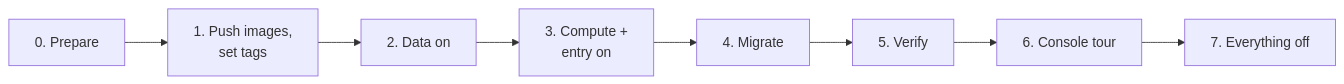
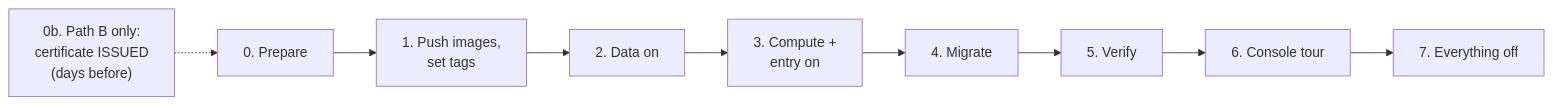
One commit to maheshnd/minitickets changed the first of 10 diagrams in docs/20-deploy-day.md. Above: the diagram before and after it, drawn with Mermaid. The commit also changed other lines of this file and 17 other files, not shown here.

````diff
--- a/docs/20-deploy-day.md
+++ b/docs/20-deploy-day.md
@@ -11,10 +23,11 @@
 ```mermaid
 flowchart LR
+    b["0b. Path B only:<br/>certificate ISSUED<br/>(days before)"] -.-> p
     p["0. Prepare"] --> i["1. Push images,<br/>set tags"]
     i --> d["2. Data on"]
     d --> c["3. Compute +<br/>entry on"]
     c --> m["4. Migrate"]
     m --> v["5. Verify"]
     v --> t["6. Console tour"]
     t --> off["7. Everything off"]
 ```
````
